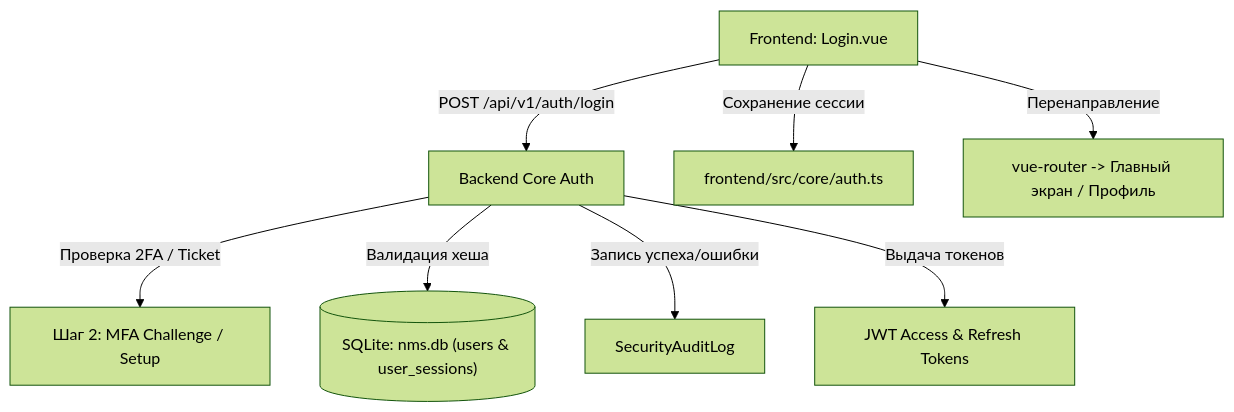
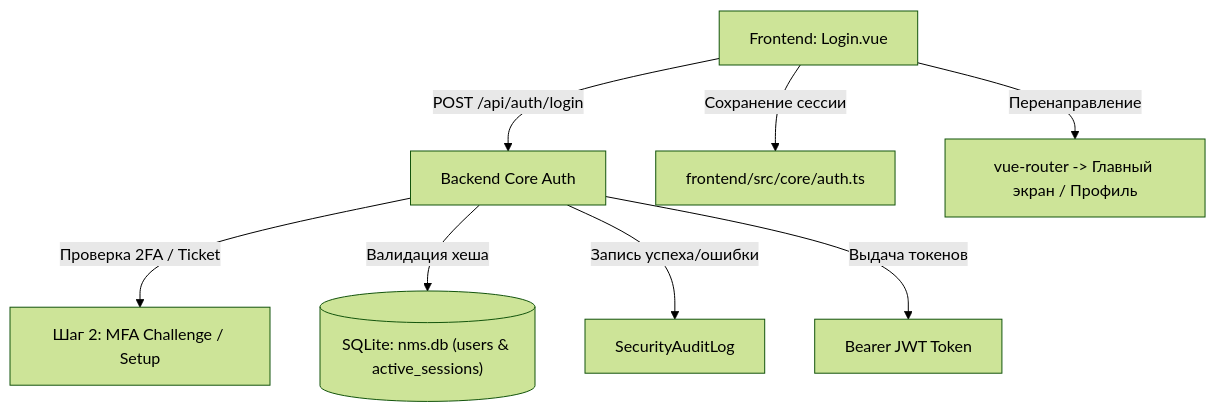
The diagram in docs/wiki/02-usage/09-authentication-and-login.md (Apofixc/nms-webui), drawn with Mermaid (forest theme) before and after one commit. The commit also changed other lines of this file and 21 other files, not shown here.

````diff
--- a/docs/wiki/02-usage/09-authentication-and-login.md
+++ b/docs/wiki/02-usage/09-authentication-and-login.md
@@ -75,10 +75,10 @@
 ```mermaid
 graph TD
-    UI["Frontend: Login.vue"] -->|POST /api/v1/auth/login| API["Backend Core Auth"]
+    UI["Frontend: Login.vue"] -->|POST /api/auth/login| API["Backend Core Auth"]
     API -->|Проверка 2FA / Ticket| Step2["Шаг 2: MFA Challenge / Setup"]
-    API -->|Валидация хеша| DB[("SQLite: nms.db (users & user_sessions)")]
+    API -->|Валидация хеша| DB[("SQLite: nms.db (users & active_sessions)")]
     API -->|Запись успеха/ошибки| Audit["SecurityAuditLog"]
-    API -->|Выдача токенов| Token["JWT Access & Refresh Tokens"]
+    API -->|Выдача токенов| Token["Bearer JWT Token"]
     UI -->|Сохранение сессии| Store["frontend/src/core/auth.ts"]
     UI -->|Перенаправление| Router["vue-router -> Главный экран / Профиль"]
 ```
````
